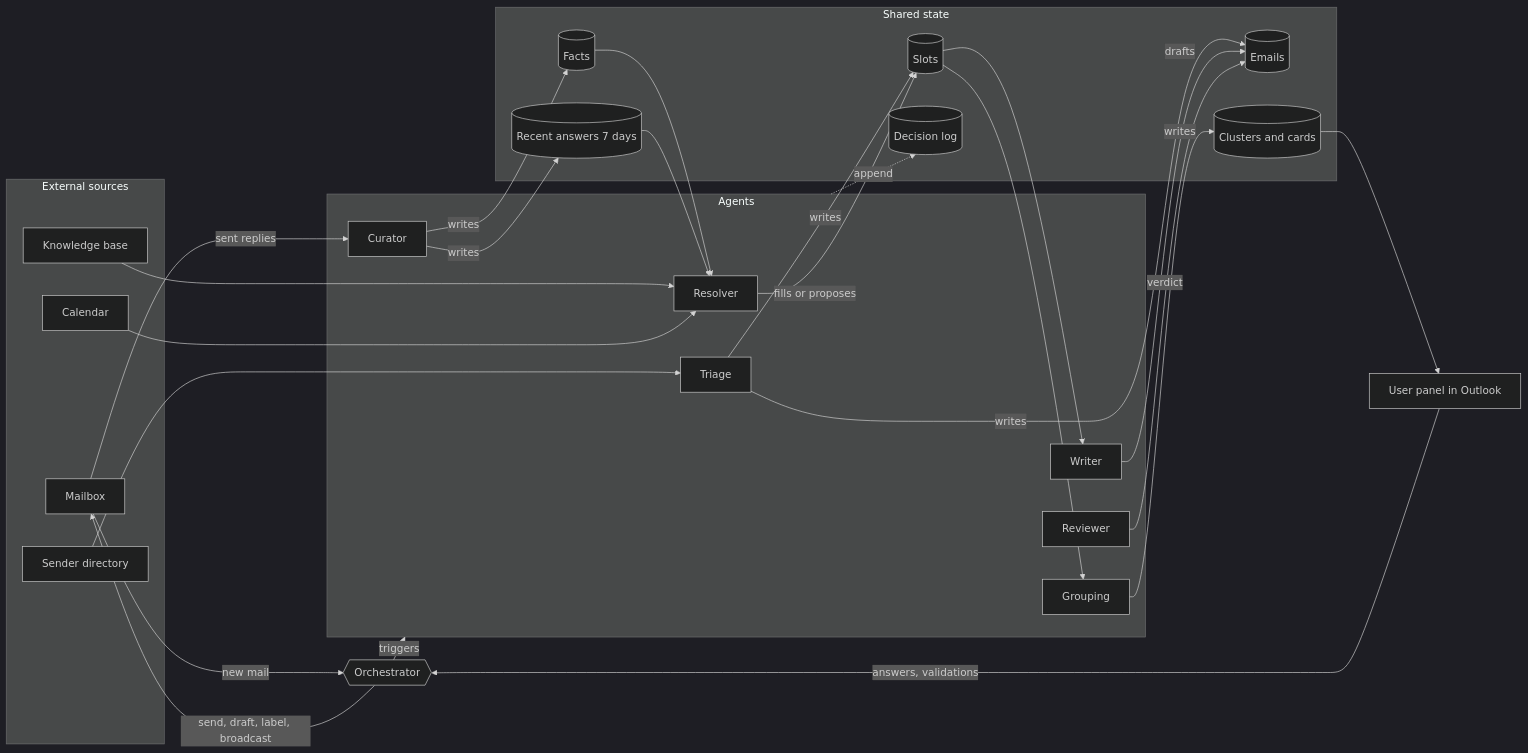
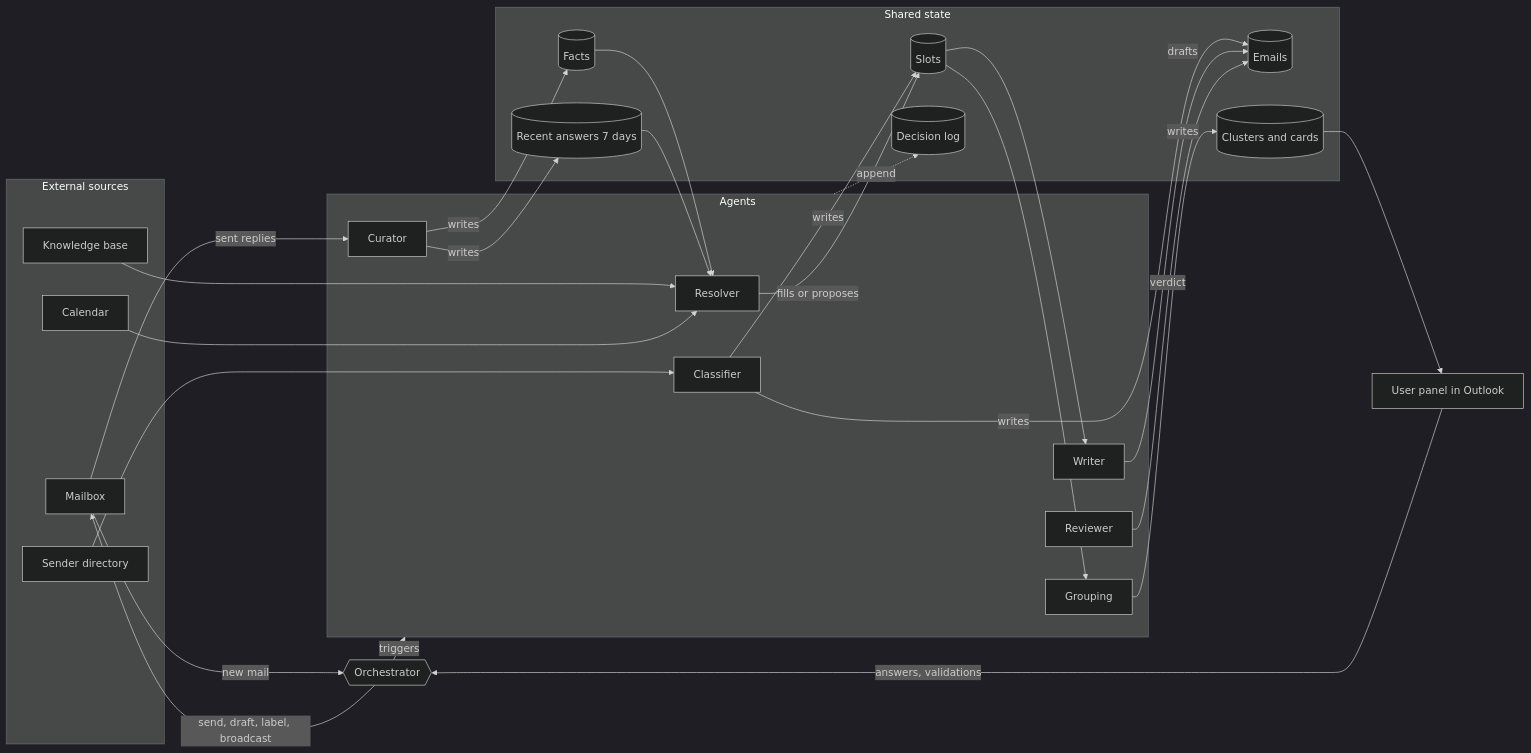
The fifth of 12 diagrams in Email Response Agent — System Design.md (dhiasalah/email-response-agent), drawn with Mermaid (dark theme) before and after one commit. The commit also changed other lines of this file and 44 other files, not shown here.

First line of the commit message:
Rename triage to classifier and classification

````diff
--- a/Email Response Agent — System Design.md
+++ b/Email Response Agent — System Design.md
@@ -564,49 +564,49 @@
 ```mermaid
 flowchart LR
     subgraph SRC["External sources"]
         MB[Mailbox]
         CAL[Calendar]
         KB[Knowledge base]
         DIR[Sender directory]
     end
     subgraph AG["Agents"]
-        TR[Triage]
+        TR[Classifier]
         RS[Resolver]
         GR[Grouping]
         WR[Writer]
         RV[Reviewer]
         CU[Curator]
     end
     subgraph ST["Shared state"]
         EM[(Emails)]
         SL[(Slots)]
         CL[(Clusters and cards)]
         FA[(Facts)]
         RA[(Recent answers 7 days)]
         LOG[(Decision log)]
     end
     OR{{Orchestrator}}
     UI[User panel in Outlook]
     MB -->|new mail| OR
     OR -->|triggers| AG
     OR -->|send, draft, label, broadcast| MB
     DIR --> TR
     TR -->|writes| EM
     TR -->|writes| SL
     FA --> RS
     RA --> RS
     KB --> RS
     CAL --> RS
     RS -->|fills or proposes| SL
     SL --> GR
     GR -->|writes| CL
     CL --> UI
     UI -->|answers, validations| OR
     SL --> WR
     WR -->|drafts| EM
     RV -->|verdict| EM
     MB -->|sent replies| CU
     CU -->|writes| FA
     CU -->|writes| RA
     AG -.->|append| LOG
 ```
````
